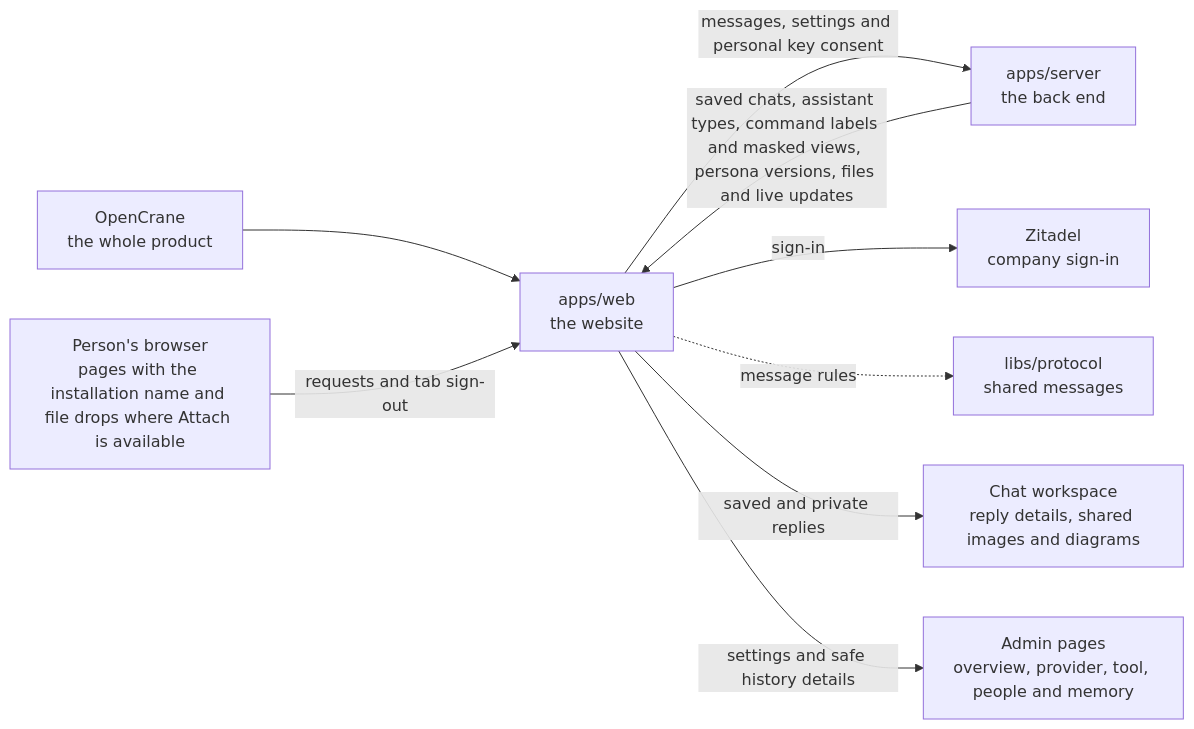
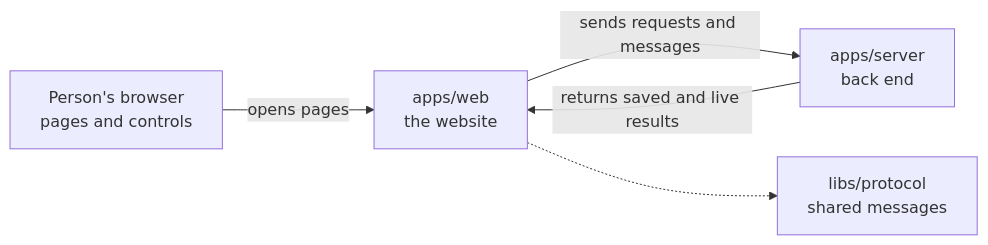
The diagram in apps/web/README.md (elewa-git/opencrane-new), drawn with Mermaid before and after one commit. The commit also changed other lines of this file and 12 other files, not shown here.

````diff
--- a/apps/web/README.md
+++ b/apps/web/README.md
@@ -17,11 +17,7 @@
 ```mermaid
 flowchart LR
-  system["OpenCrane<br/>the whole product"] --> web["apps/web<br/>the website"]
-  browser["Person's browser<br/>pages with the installation name and file drops where Attach is available"] -->|requests and tab sign-out| web
-  web -->|messages, settings and personal key consent| server["apps/server<br/>the back end"]
-  server -->|saved chats, assistant types, command labels and masked views, persona versions, files and live updates| web
-  web -->|sign-in| zitadel["Zitadel<br/>company sign-in"]
-  web -.->|message rules| protocol["libs/protocol<br/>shared messages"]
-  web -->|saved and private replies| capture["Chat workspace<br/>reply details, shared images and diagrams"]
-  web -->|settings and safe history details| admin["Admin pages<br/>overview, provider, tool, people and memory"]
+  browser["Person's browser<br/>pages and controls"] -->|opens pages| web["apps/web<br/>the website"]
+  web -->|sends requests and messages| server["apps/server<br/>back end"]
+  server -->|returns saved and live results| web
+  web -.-> protocol["libs/protocol<br/>shared messages"]
 ```
````
